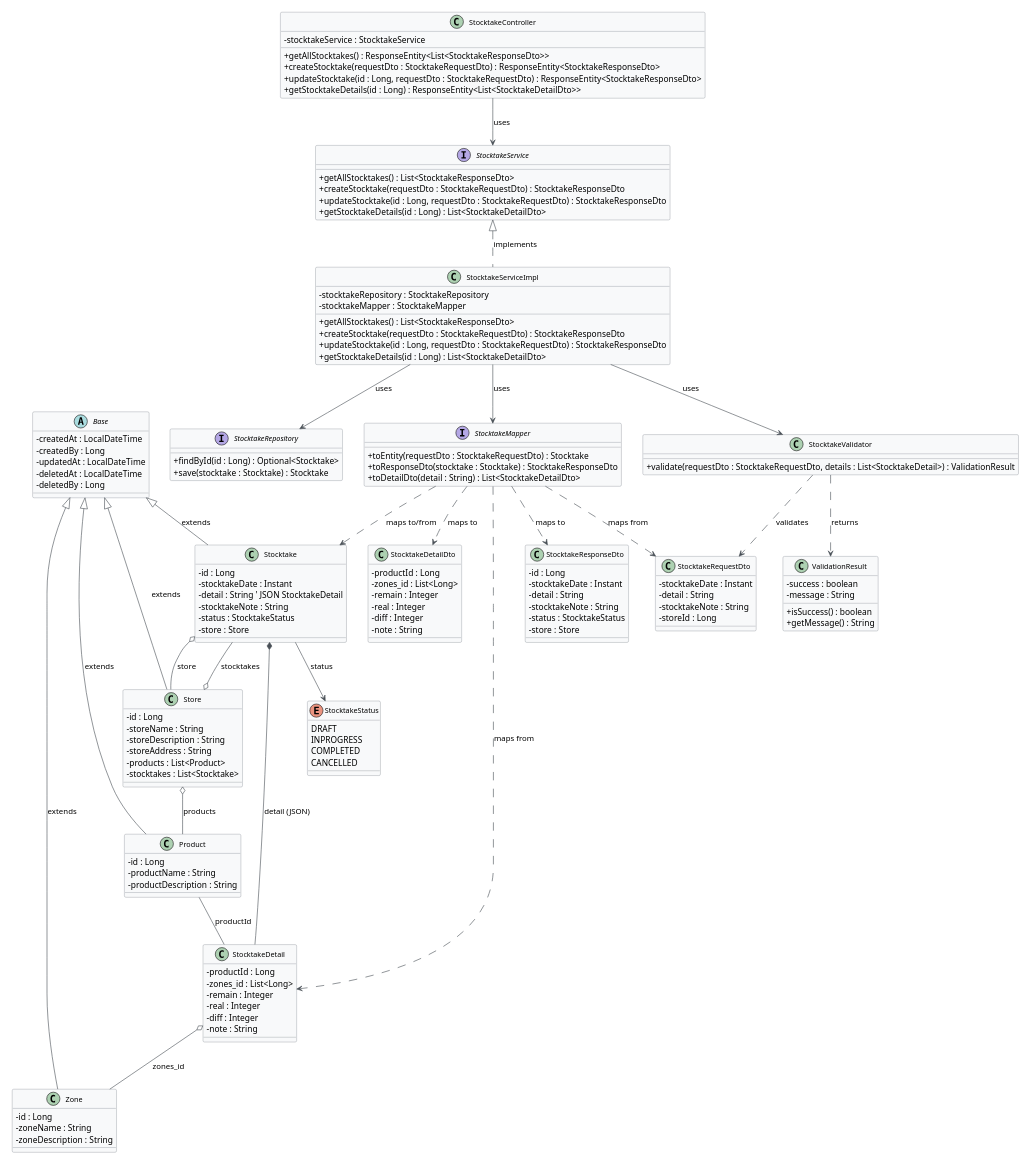
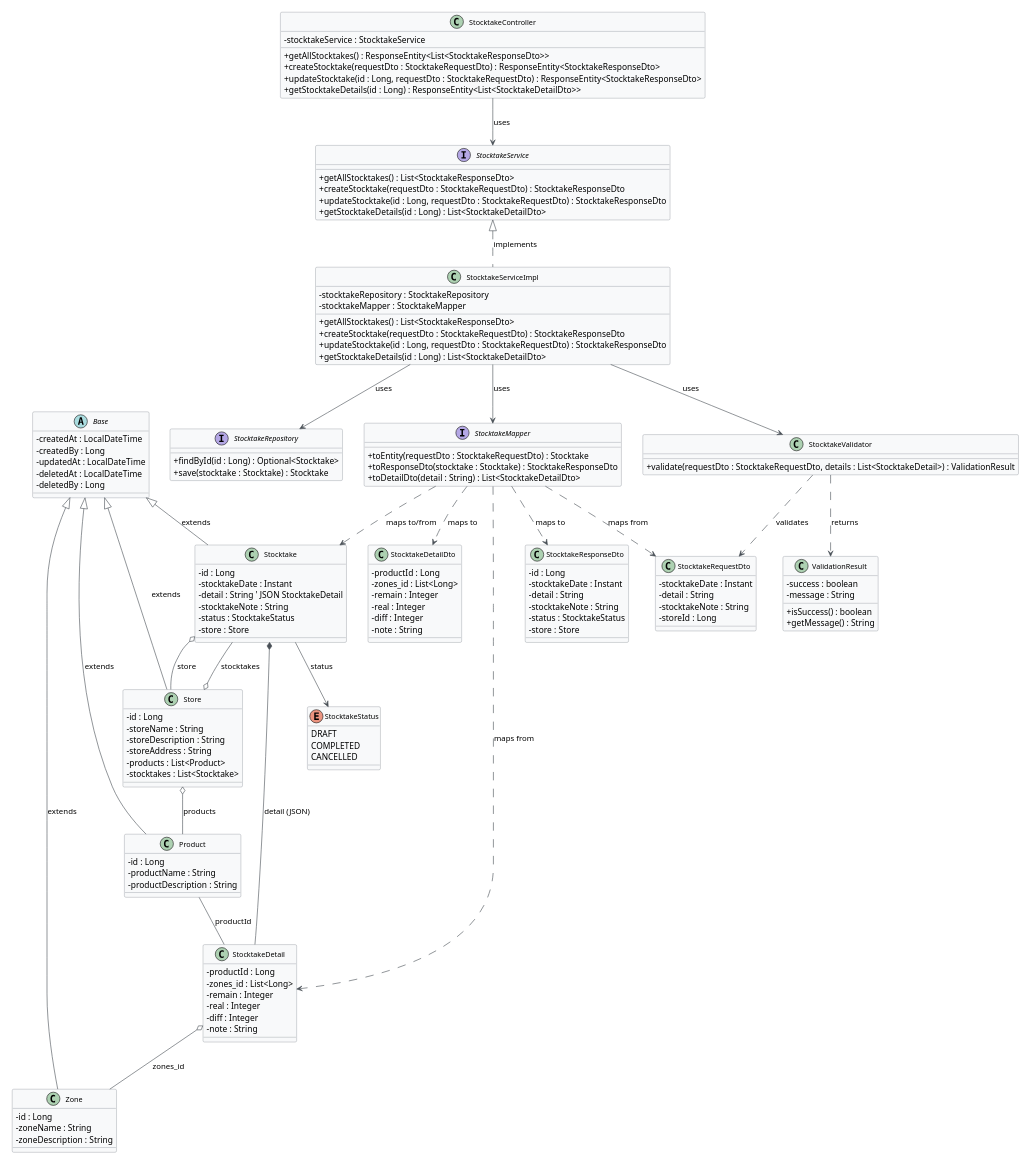
One commit to LamVNT/Farmovo changed the diagram in Stocktake_Class_Diagram.puml. Above: the diagram before and after it, drawn with PlantUML. The commit also changed 6 other files, not shown here.

```diff
--- a/Stocktake_Class_Diagram.puml
+++ b/Stocktake_Class_Diagram.puml
@@ -78,7 +78,6 @@
 ' StocktakeStatus: Trạng thái phiếu kiểm kê
 enum StocktakeStatus {
     DRAFT
-    INPROGRESS
     COMPLETED
     CANCELLED
 }
```
